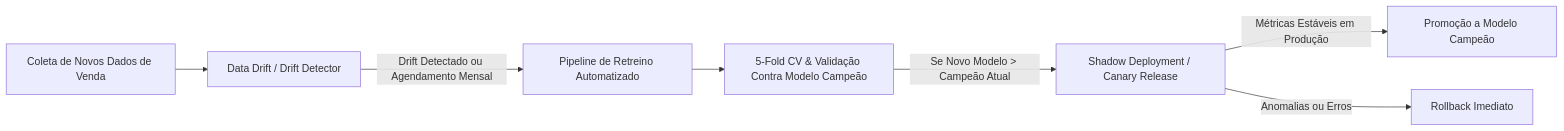
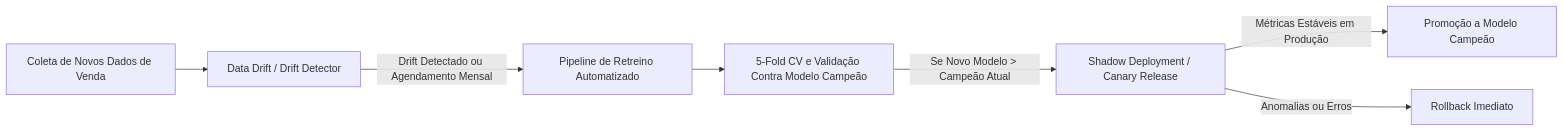
The third of 3 diagrams in README.md (MSFERRO/seattle-real-estate-avm), drawn with Mermaid before and after one commit. The commit also changed other lines of this file, not shown here.

Commit message:
fix(docs): format mermaid diagram syntax to render correctly on GitHub

````diff
--- a/README.md
+++ b/README.md
@@ -190,9 +190,9 @@
 ```mermaid
 flowchart LR
-    A[Coleta de Novos Dados de Venda] --> B[Data Drift / Drift Detector]
-    B -->|Drift Detectado ou Agendamento Mensal| C[Pipeline de Retreino Automatizado]
-    C --> D[5-Fold CV & Validação Contra Modelo Campeão]
-    D -->|Se Novo Modelo > Campeão Atual| E[Shadow Deployment / Canary Release]
-    E -->|Métricas Estáveis em Produção| F[Promoção a Modelo Campeão]
-    E -->|Anomalias ou Erros| G[Rollback Imediato]
+    A["Coleta de Novos Dados de Venda"] --> B["Data Drift / Drift Detector"]
+    B -->|"Drift Detectado ou Agendamento Mensal"| C["Pipeline de Retreino Automatizado"]
+    C --> D["5-Fold CV e Validação Contra Modelo Campeão"]
+    D -->|"Se Novo Modelo > Campeão Atual"| E["Shadow Deployment / Canary Release"]
+    E -->|"Métricas Estáveis em Produção"| F["Promoção a Modelo Campeão"]
+    E -->|"Anomalias ou Erros"| G["Rollback Imediato"]
 ```
````
